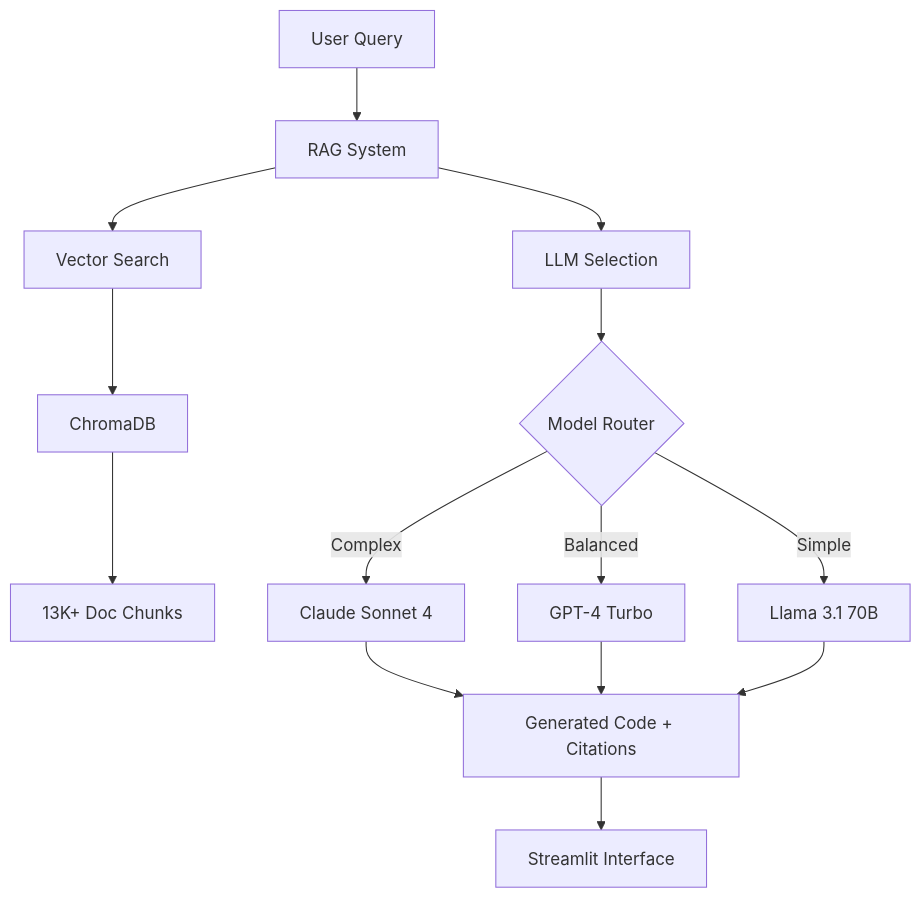
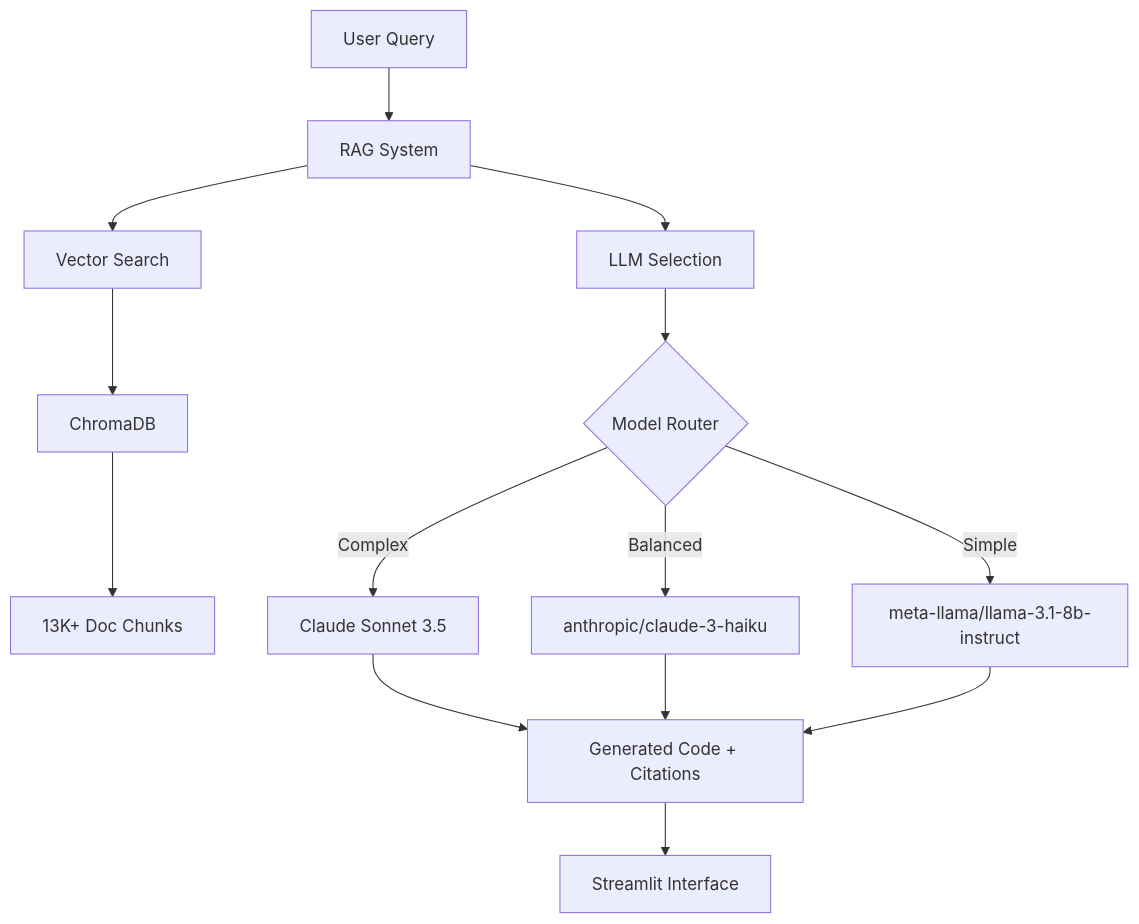
One commit to 0xsherlocks/radix-scrypto-llm changed the diagram in README.md. Above: the diagram before and after it, drawn with Mermaid. The commit also changed other lines of this file, not shown here.

````diff
--- a/README.md
+++ b/README.md
@@ -88,16 +88,16 @@
 ```mermaid
 graph TB
     A[User Query] --> B[RAG System]
     B --> C[Vector Search]
     C --> D[ChromaDB]
     D --> E[13K+ Doc Chunks]
     B --> F[LLM Selection]
     F --> G{Model Router}
-    G -->|Complex| H[Claude Sonnet 4]
-    G -->|Balanced| I[GPT-4 Turbo]
-    G -->|Simple| J[Llama 3.1 70B]
+    G -->|Complex| H[Claude Sonnet 3.5]
+    G -->|Balanced| I[anthropic/claude-3-haiku]
+    G -->|Simple| J[meta-llama/llama-3.1-8b-instruct]
     H --> K[Generated Code + Citations]
     I --> K
     J --> K
     K --> L[Streamlit Interface]
 ```
````
